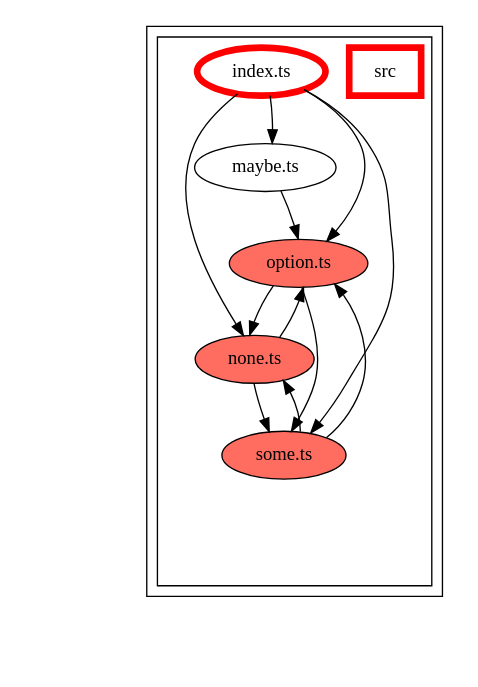
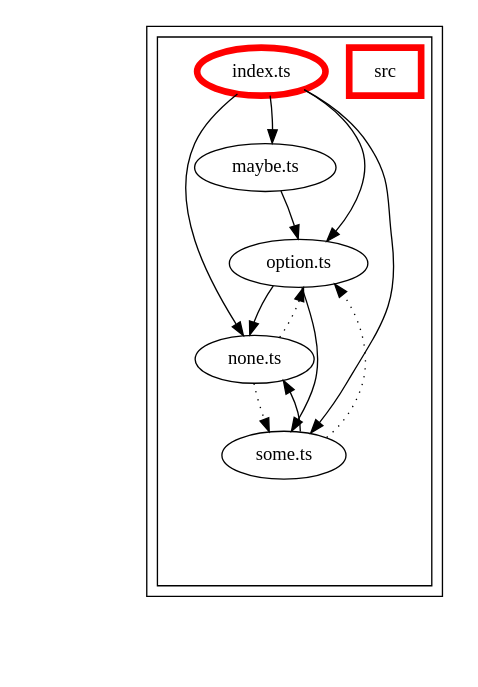
One commit to Siteimprove/alfa changed the diagram in packages/alfa-option/docs/dependency-graph.dot. Above: the diagram before and after it, drawn with Graphviz. The commit also changed 687 other files, not shown here.

```diff
--- a/packages/alfa-option/docs/dependency-graph.dot
+++ b/packages/alfa-option/docs/dependency-graph.dot
@@ -1,191 +1,185 @@
 digraph "dependency-graph-[object Object]" {
   compound = true;
   "dependency-graph-[object Object]" [
     style = "invis";
   ];
   "src/maybe.ts";
   "src/none.ts";
   "src/option.ts";
   "src/some.ts";
   subgraph "cluster_src" {
     color = "#000000";
     label = "";
     "name_src" [
       penwidth = 5;
       shape = "rectangle";
       color = "#ff0000";
       label = "src";
     ];
     "exit_src" [
       style = "invis";
     ];
     subgraph "cluster_src" {
       color = "#000000";
       label = "";
       "name_src" [
         penwidth = 5;
         shape = "rectangle";
         color = "#ff0000";
         label = "src";
       ];
       "exit_src" [
         style = "invis";
       ];
       "src/index.ts" [
         label = "index.ts";
         color = "#ff0000";
         penwidth = 5;
       ];
       "src/maybe.ts" [
         label = "maybe.ts";
       ];
       "src/none.ts" [
         label = "none.ts";
-        fillcolor = "#ff6c60";
-        style = "rounded,filled";
       ];
       "src/option.ts" [
         label = "option.ts";
-        fillcolor = "#ff6c60";
-        style = "rounded,filled";
       ];
       "src/some.ts" [
         label = "some.ts";
-        fillcolor = "#ff6c60";
-        style = "rounded,filled";
       ];
       "src/index.ts" -> "exit_src" [
         style = "invis";
       ];
       "src/maybe.ts" -> "exit_src" [
         style = "invis";
       ];
       "src/none.ts" -> "exit_src" [
         style = "invis";
       ];
       "src/option.ts" -> "exit_src" [
         style = "invis";
       ];
       "src/some.ts" -> "exit_src" [
         style = "invis";
       ];
     }
     "exit_src" -> "exit_src" [
       style = "invis";
     ];
     "exit_src" -> "exit_src" [
       style = "invis";
     ];
     "exit_src" -> "exit_src" [
       style = "invis";
     ];
     "exit_src" -> "exit_src" [
       style = "invis";
     ];
     "exit_src" -> "exit_src" [
       style = "invis";
     ];
   }
   "exit_src" -> "dependency-graph-[object Object]" [
     style = "invis";
   ];
   "src/index.ts" -> "src/maybe.ts" [
     style = "invis";
   ];
   "src/index.ts" -> "src/maybe.ts" [
     style = "solid";
     ltail = "cluster_src/index.ts";
     lhead = "cluster_src/maybe.ts";
     color = "black";
   ];
   "src/index.ts" -> "src/none.ts" [
     style = "invis";
   ];
   "src/index.ts" -> "src/none.ts" [
     style = "solid";
     ltail = "cluster_src/index.ts";
     lhead = "cluster_src/none.ts";
     color = "black";
   ];
   "src/index.ts" -> "src/option.ts" [
     style = "invis";
   ];
   "src/index.ts" -> "src/option.ts" [
     style = "solid";
     ltail = "cluster_src/index.ts";
     lhead = "cluster_src/option.ts";
     color = "black";
   ];
   "src/index.ts" -> "src/some.ts" [
     style = "invis";
   ];
   "src/index.ts" -> "src/some.ts" [
     style = "solid";
     ltail = "cluster_src/index.ts";
     lhead = "cluster_src/some.ts";
     color = "black";
   ];
   "src/maybe.ts" -> "src/option.ts" [
     style = "invis";
   ];
   "src/maybe.ts" -> "src/option.ts" [
     style = "solid";
     ltail = "cluster_src/maybe.ts";
     lhead = "cluster_src/option.ts";
     color = "black";
   ];
   "src/none.ts" -> "src/option.ts" [
     style = "invis";
   ];
   "src/none.ts" -> "src/option.ts" [
-    style = "solid";
+    style = "dotted";
     ltail = "cluster_src/none.ts";
     lhead = "cluster_src/option.ts";
     color = "black";
   ];
   "src/none.ts" -> "src/some.ts" [
     style = "invis";
   ];
   "src/none.ts" -> "src/some.ts" [
-    style = "solid";
+    style = "dotted";
     ltail = "cluster_src/none.ts";
     lhead = "cluster_src/some.ts";
     color = "black";
   ];
   "src/option.ts" -> "src/none.ts" [
     style = "invis";
   ];
   "src/option.ts" -> "src/none.ts" [
     style = "solid";
     ltail = "cluster_src/option.ts";
     lhead = "cluster_src/none.ts";
     color = "black";
   ];
   "src/option.ts" -> "src/some.ts" [
     style = "invis";
   ];
   "src/option.ts" -> "src/some.ts" [
     style = "solid";
     ltail = "cluster_src/option.ts";
     lhead = "cluster_src/some.ts";
     color = "black";
   ];
   "src/some.ts" -> "src/none.ts" [
     style = "invis";
   ];
   "src/some.ts" -> "src/none.ts" [
     style = "solid";
     ltail = "cluster_src/some.ts";
     lhead = "cluster_src/none.ts";
     color = "black";
   ];
   "src/some.ts" -> "src/option.ts" [
     style = "invis";
   ];
   "src/some.ts" -> "src/option.ts" [
-    style = "solid";
+    style = "dotted";
     ltail = "cluster_src/some.ts";
     lhead = "cluster_src/option.ts";
     color = "black";
   ];
 }
```
